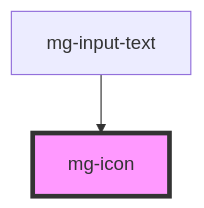
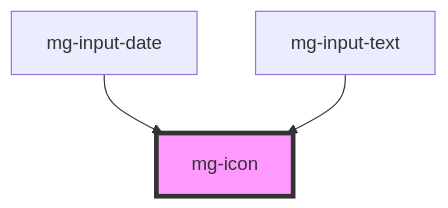
One commit to MGDIS/mg-components changed the diagram in src/components/mg-icon/readme.md. Above: the diagram before and after it, drawn with Mermaid. The commit also changed other lines of this file and 34 other files, not shown here.

First line of the commit message:
feat(mg-input-date): add new structure for input components

````diff
--- a/src/components/mg-icon/readme.md
+++ b/src/components/mg-icon/readme.md
@@ -23,5 +24,6 @@
 ```mermaid
 graph TD;
+  mg-input-date --> mg-icon
   mg-input-text --> mg-icon
   style mg-icon fill:#f9f,stroke:#333,stroke-width:4px
 ```
````
